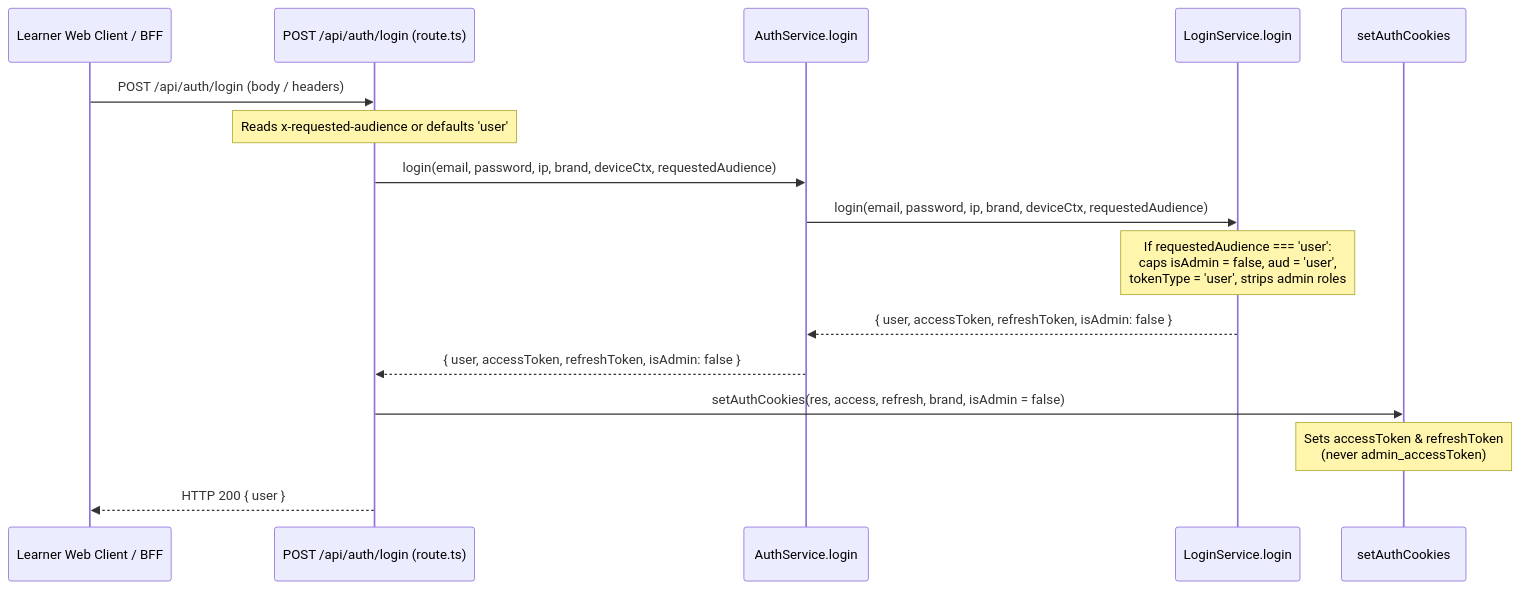
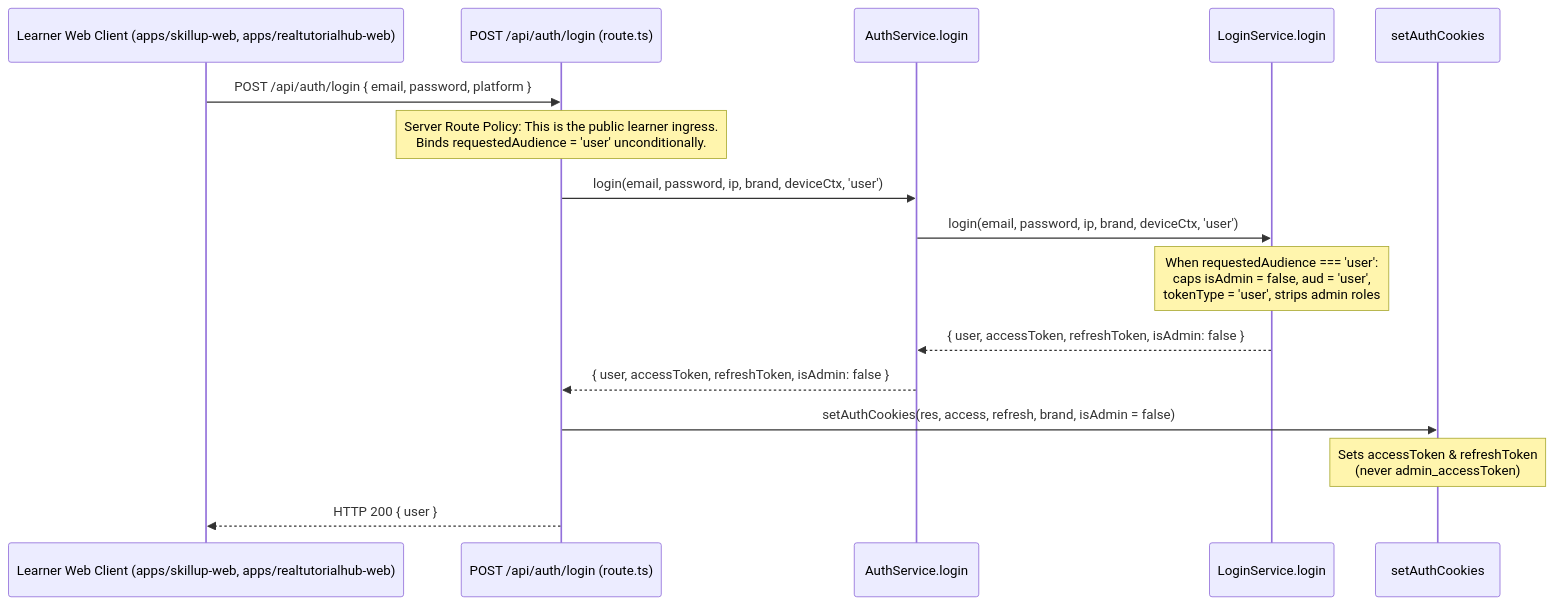
Before and after one commit to skillupitacademy-alt/SUIA_RTH_SHC: the diagram in audit/W1.2-GUARD-02_Principal_And_SHC_Contract.md, drawn with Mermaid. The commit also changed other lines of this file, not shown here.

Commit message:
docs(W1.2-GUARD-02): resolve tokenType and infra audience definitions, unreachable fallback, and SHC client contracts

````diff
--- a/audit/W1.2-GUARD-02_Principal_And_SHC_Contract.md
+++ b/audit/W1.2-GUARD-02_Principal_And_SHC_Contract.md
@@ -157,19 +161,19 @@
 ```mermaid
 sequenceDiagram
-    participant Web as Learner Web Client / BFF
+    participant Web as Learner Web Client (apps/skillup-web, apps/realtutorialhub-web)
     participant Route as POST /api/auth/login (route.ts)
     participant AuthSvc as AuthService.login
     participant LoginSvc as LoginService.login
     participant Cookie as setAuthCookies
 
-    Web->>Route: POST /api/auth/login (body / headers)
-    Note over Route: Reads x-requested-audience or defaults 'user'
-    Route->>AuthSvc: login(email, password, ip, brand, deviceCtx, requestedAudience)
-    AuthSvc->>LoginSvc: login(email, password, ip, brand, deviceCtx, requestedAudience)
-    Note over LoginSvc: If requestedAudience === 'user':<br/>caps isAdmin = false, aud = 'user',<br/>tokenType = 'user', strips admin roles
+    Web->>Route: POST /api/auth/login { email, password, platform }
+    Note over Route: Server Route Policy: This is the public learner ingress.<br/>Binds requestedAudience = 'user' unconditionally.
+    Route->>AuthSvc: login(email, password, ip, brand, deviceCtx, 'user')
+    AuthSvc->>LoginSvc: login(email, password, ip, brand, deviceCtx, 'user')
+    Note over LoginSvc: When requestedAudience === 'user':<br/>caps isAdmin = false, aud = 'user',<br/>tokenType = 'user', strips admin roles
     LoginSvc-->>AuthSvc: { user, accessToken, refreshToken, isAdmin: false }
     AuthSvc-->>Route: { user, accessToken, refreshToken, isAdmin: false }
     Route->>Cookie: setAuthCookies(res, access, refresh, brand, isAdmin = false)
     Note over Cookie: Sets accessToken & refreshToken<br/>(never admin_accessToken)
     Route-->>Web: HTTP 200 { user }
 ```
````
